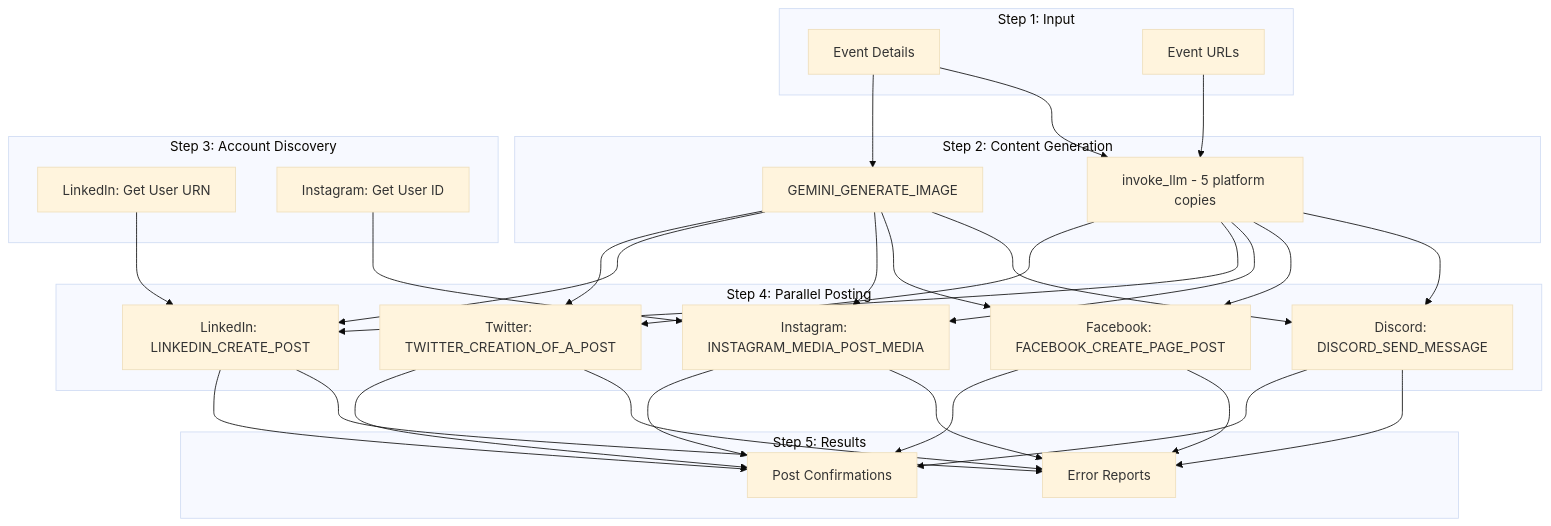
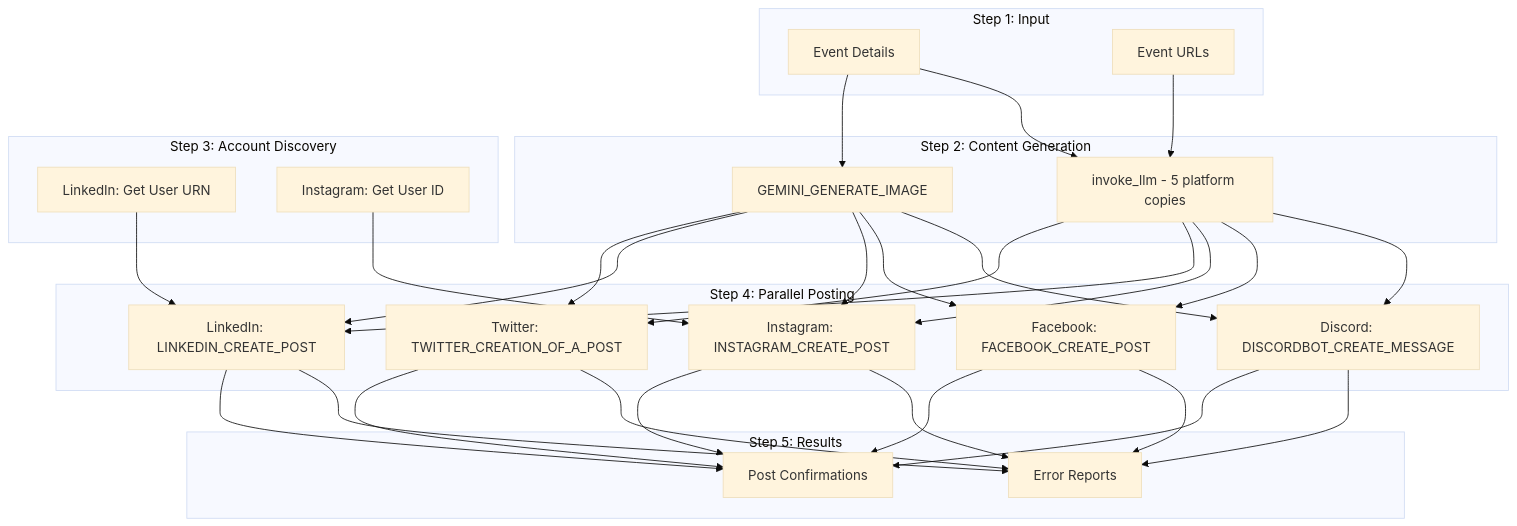
Before and after one commit to Coffee-Code-Philly-Accelerator/CCP-Digital-Marketing: the first of 3 diagrams in docs/social-promotion.md, drawn with Mermaid (base theme). The commit also changed other lines of this file and 83 other files, not shown here.

````diff
--- a/docs/social-promotion.md
+++ b/docs/social-promotion.md
@@ -29,40 +29,40 @@
 ```mermaid
 flowchart TB
     subgraph Input["Step 1: Input"]
         A[Event Details]
         B[Event URLs]
     end
 
     subgraph AI["Step 2: Content Generation"]
         C[GEMINI_GENERATE_IMAGE]
         D[invoke_llm - 5 platform copies]
     end
 
     subgraph Discovery["Step 3: Account Discovery"]
         E[LinkedIn: Get User URN]
         F[Instagram: Get User ID]
     end
 
     subgraph Posting["Step 4: Parallel Posting"]
         G[Twitter: TWITTER_CREATION_OF_A_POST]
         H[LinkedIn: LINKEDIN_CREATE_POST]
-        I[Instagram: INSTAGRAM_MEDIA_POST_MEDIA]
-        J[Facebook: FACEBOOK_CREATE_PAGE_POST]
-        K[Discord: DISCORD_SEND_MESSAGE]
+        I[Instagram: INSTAGRAM_CREATE_POST]
+        J[Facebook: FACEBOOK_CREATE_POST]
+        K[Discord: DISCORDBOT_CREATE_MESSAGE]
     end
 
     subgraph Output["Step 5: Results"]
         L[Post Confirmations]
         M[Error Reports]
     end
 
     A --> C
     A --> D
     B --> D
     C --> G & H & I & J & K
     D --> G & H & I & J & K
     E --> H
     F --> I
     G & H & I & J & K --> L
     G & H & I & J & K --> M
 ```
````
